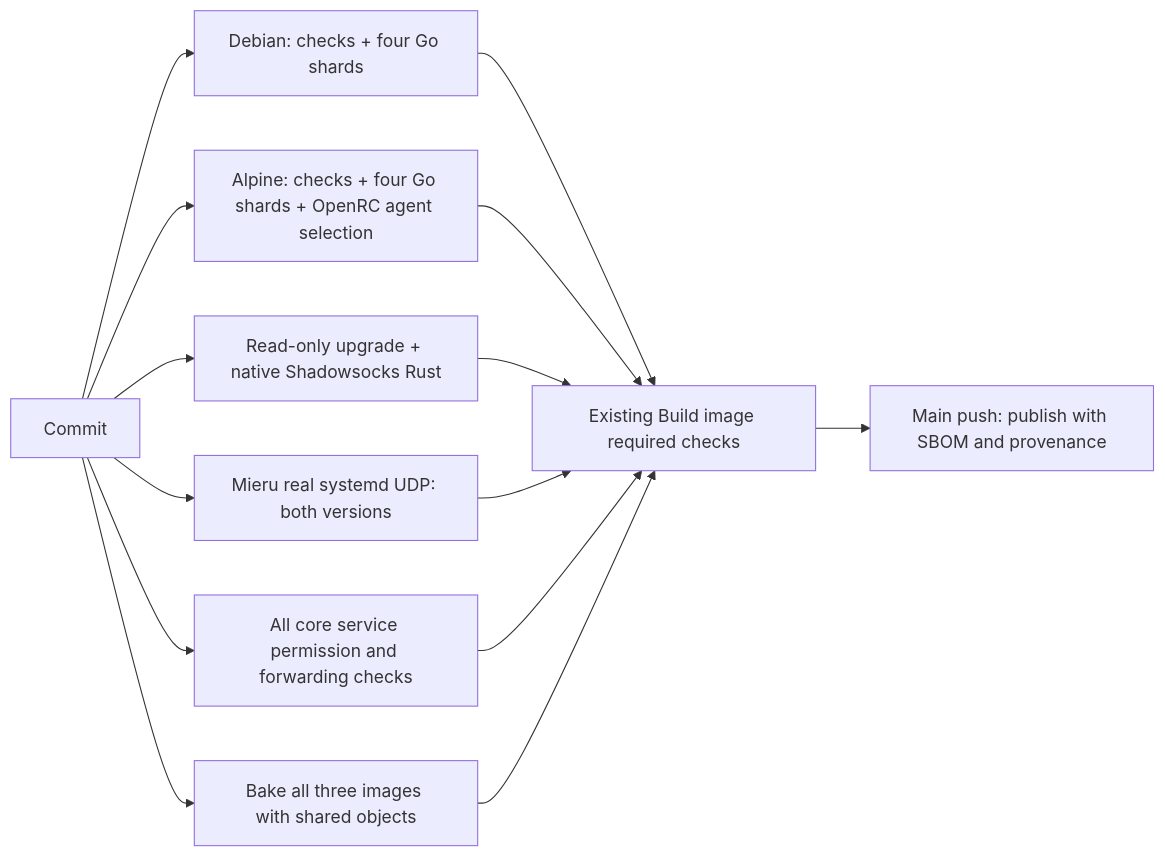
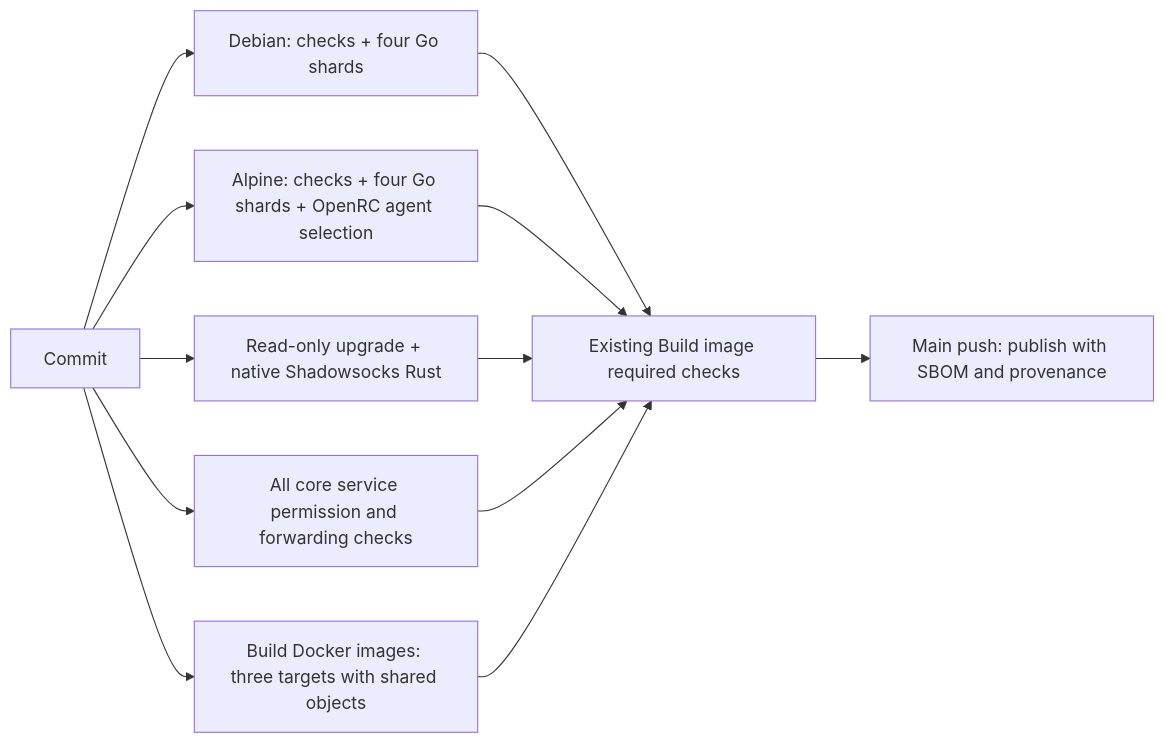
One commit to qimaoww/QControlHub changed the diagram in docs/ci-performance.md. Above: the diagram before and after it, drawn with Mermaid. The commit also changed other lines of this file and 3 other files, not shown here.

First line of the commit message:
ci: remove automatic Mieru checks and clarify Docker builds (#271)

````diff
--- a/docs/ci-performance.md
+++ b/docs/ci-performance.md
@@ -158,16 +167,14 @@
 ```mermaid
 flowchart LR
   commit[Commit] --> deb[Debian: checks + four Go shards]
   commit --> alp[Alpine: checks + four Go shards + OpenRC agent selection]
   commit --> sand[Read-only upgrade + native Shadowsocks Rust]
-  commit --> mieru[Mieru real systemd UDP: both versions]
   commit --> perms[All core service permission and forwarding checks]
-  commit --> bake[Bake all three images with shared objects]
+  commit --> bake[Build Docker images: three targets with shared objects]
   deb --> gates[Existing Build image required checks]
   alp --> gates
   sand --> gates
-  mieru --> gates
   perms --> gates
   bake --> gates
   gates --> publish[Main push: publish with SBOM and provenance]
 ```
````
